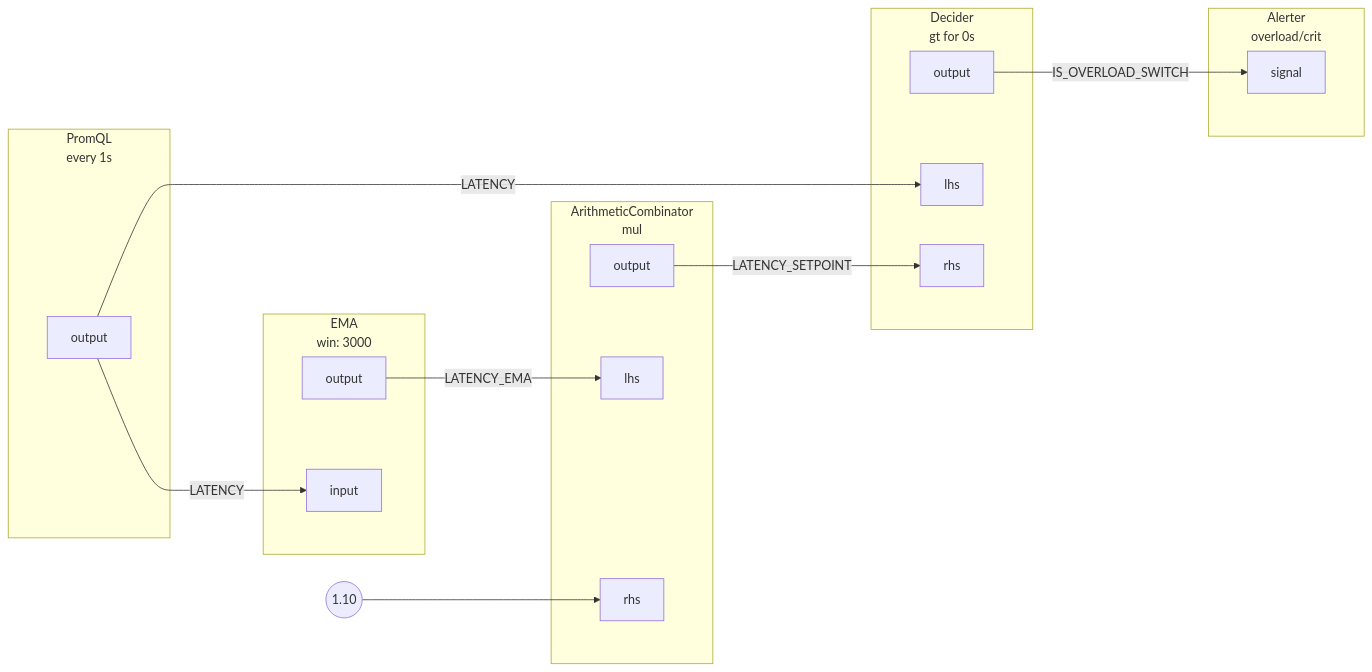
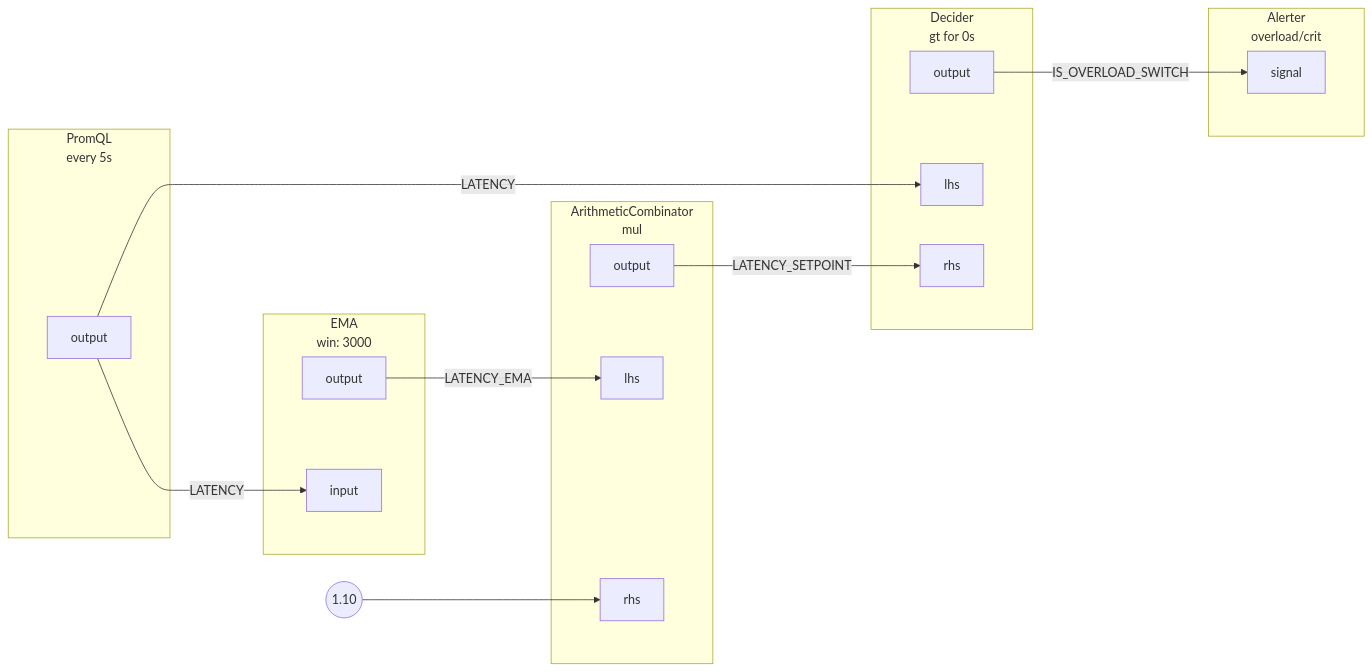
One commit to fluxninja/aperture changed the diagram in docs/content/use-cases/alerting/assets/detecting-overload/detecting-overload.mmd. Above: the diagram before and after it, drawn with Mermaid. The commit also changed 16 other files, not shown here.

```diff
--- a/docs/content/use-cases/alerting/assets/detecting-overload/detecting-overload.mmd
+++ b/docs/content/use-cases/alerting/assets/detecting-overload/detecting-overload.mmd
@@ -1,52 +1,52 @@
 flowchart LR
-subgraph root.0[<center>PromQL<br/>every 1s</center>]
+subgraph root.0[<center>PromQL<br/>every 5s</center>]
 subgraph root.0_outports[ ]
 style root.0_outports fill:none,stroke:none
 root.0output[output]
 end
 end
 subgraph root.1[<center>EMA<br/>win: 3000</center>]
 subgraph root.1_inports[ ]
 style root.1_inports fill:none,stroke:none
 root.1input[input]
 end
 subgraph root.1_outports[ ]
 style root.1_outports fill:none,stroke:none
 root.1output[output]
 end
 end
 subgraph root.2[<center>ArithmeticCombinator<br/>mul</center>]
 subgraph root.2_inports[ ]
 style root.2_inports fill:none,stroke:none
 root.2lhs[lhs]
 root.2rhs[rhs]
 end
 subgraph root.2_outports[ ]
 style root.2_outports fill:none,stroke:none
 root.2output[output]
 end
 end
 root.2_rhs_FakeConstantout((1.10))
 subgraph root.3[<center>Decider<br/>gt for 0s</center>]
 subgraph root.3_inports[ ]
 style root.3_inports fill:none,stroke:none
 root.3lhs[lhs]
 root.3rhs[rhs]
 end
 subgraph root.3_outports[ ]
 style root.3_outports fill:none,stroke:none
 root.3output[output]
 end
 end
 subgraph root.4[<center>Alerter<br/>overload/crit</center>]
 subgraph root.4_inports[ ]
 style root.4_inports fill:none,stroke:none
 root.4signal[signal]
 end
 end
 root.0output --> |LATENCY| root.1input
 root.0output --> |LATENCY| root.3lhs
 root.1output --> |LATENCY_EMA| root.2lhs
 root.2output --> |LATENCY_SETPOINT| root.3rhs
 root.2_rhs_FakeConstantout --> root.2rhs
 root.3output --> |IS_OVERLOAD_SWITCH| root.4signal
```
